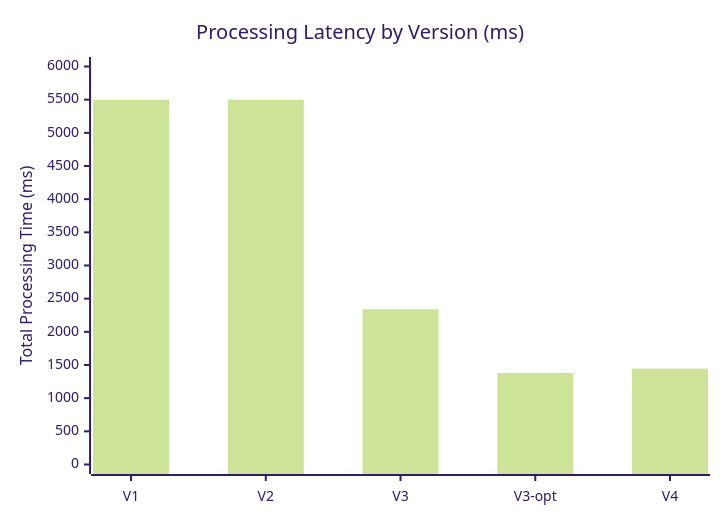
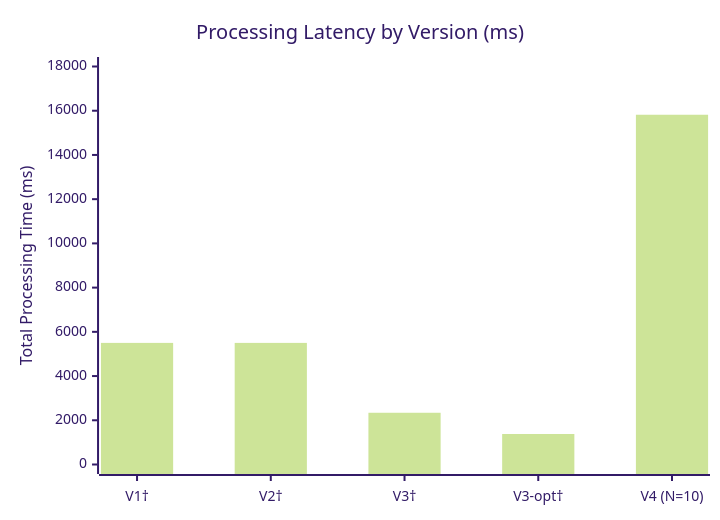
The fifth of 8 diagrams in combined_paper.md (abdellrahmanv/GRADPLUTOFINAL), drawn with Mermaid (forest theme) before and after one commit. The commit also changed other lines of this file, not shown here.

````diff
--- a/combined_paper.md
+++ b/combined_paper.md
@@ -399,7 +406,7 @@
 ```mermaid
 xychart-beta
     title "Processing Latency by Version (ms)"
-    x-axis ["V1", "V2", "V3", "V3-opt", "V4"]
-    y-axis "Total Processing Time (ms)" 0 --> 6000
-    bar [5500, 5500, 2340, 1380, 1445]
+    x-axis ["V1†", "V2†", "V3†", "V3-opt†", "V4 (N=10)"]
+    y-axis "Total Processing Time (ms)" 0 --> 18000
+    bar [5500, 5500, 2340, 1380, 15818]
 ```
````
